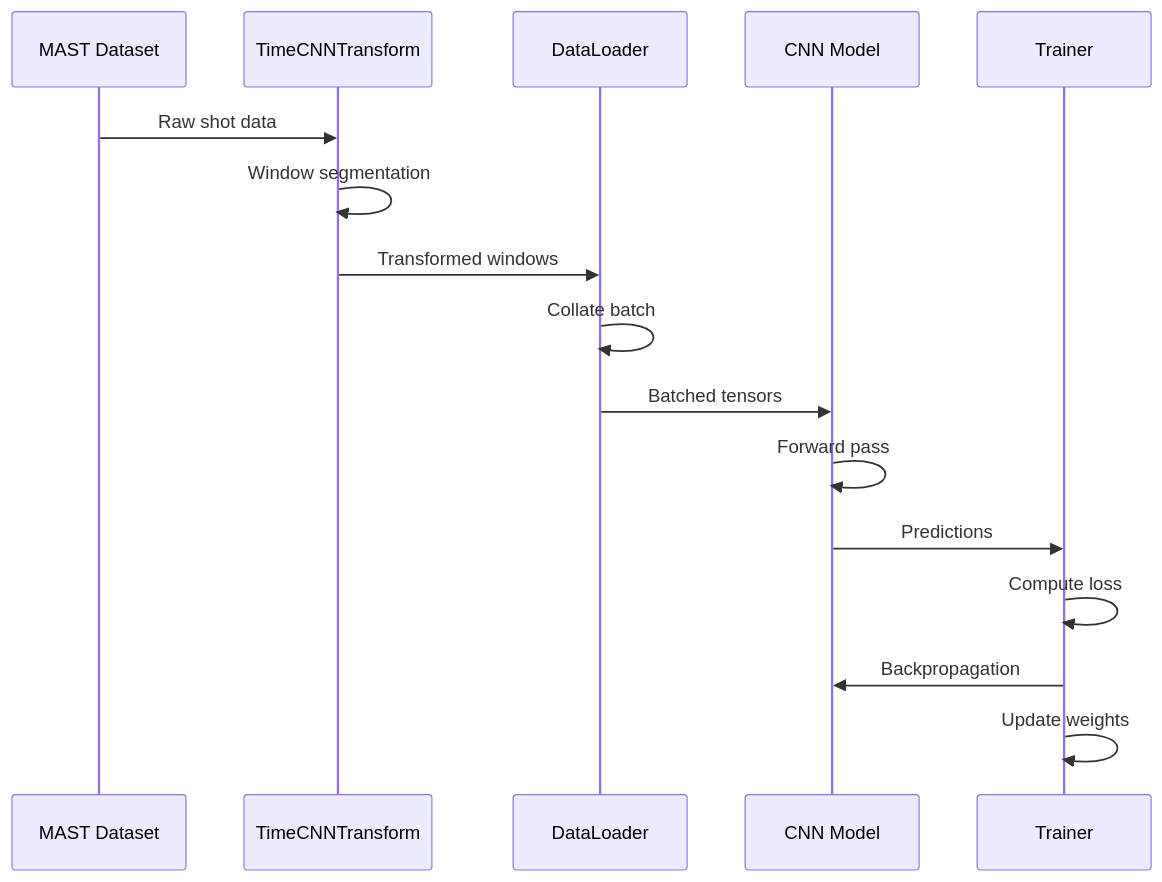
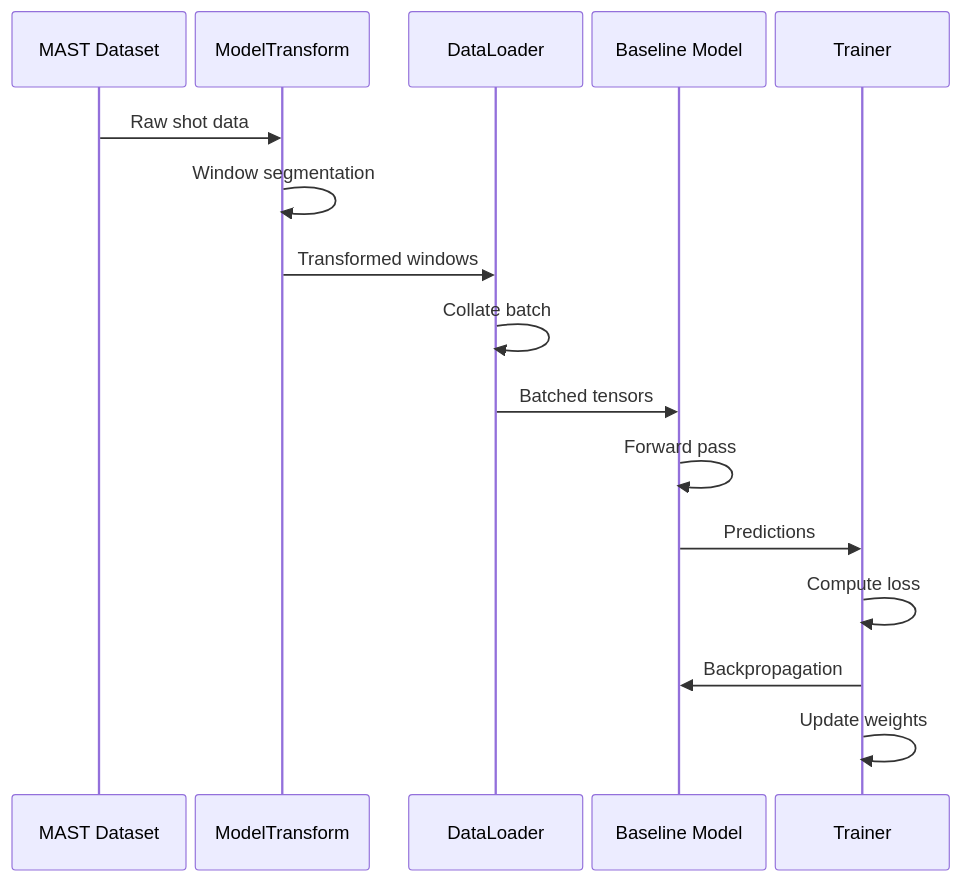
Before and after one commit to UKAEA-IBM-STFC-Fusion-FMs/tokamark_baseline: the second of 2 diagrams in README.md, drawn with Mermaid. The commit also changed other lines of this file, not shown here.

````diff
--- a/README.md
+++ b/README.md
@@ -186,19 +189,21 @@
 ```mermaid
+%%{init: {'themeVariables': { 'fontSize': '8px'}, 'sequence': {'actorMargin': 8, 'messageMargin': 8}}}%%
+
 sequenceDiagram
     participant D as MAST Dataset
-    participant T as TimeCNNTransform
+    participant T as ModelTransform
     participant L as DataLoader
-    participant M as CNN Model
+    participant M as Baseline Model
     participant Tr as Trainer
     
     D->>T: Raw shot data
     T->>T: Window segmentation
     T->>L: Transformed windows
     L->>L: Collate batch
     L->>M: Batched tensors
     M->>M: Forward pass
     M->>Tr: Predictions
     Tr->>Tr: Compute loss
     Tr->>M: Backpropagation
     Tr->>Tr: Update weights
 ```
````
